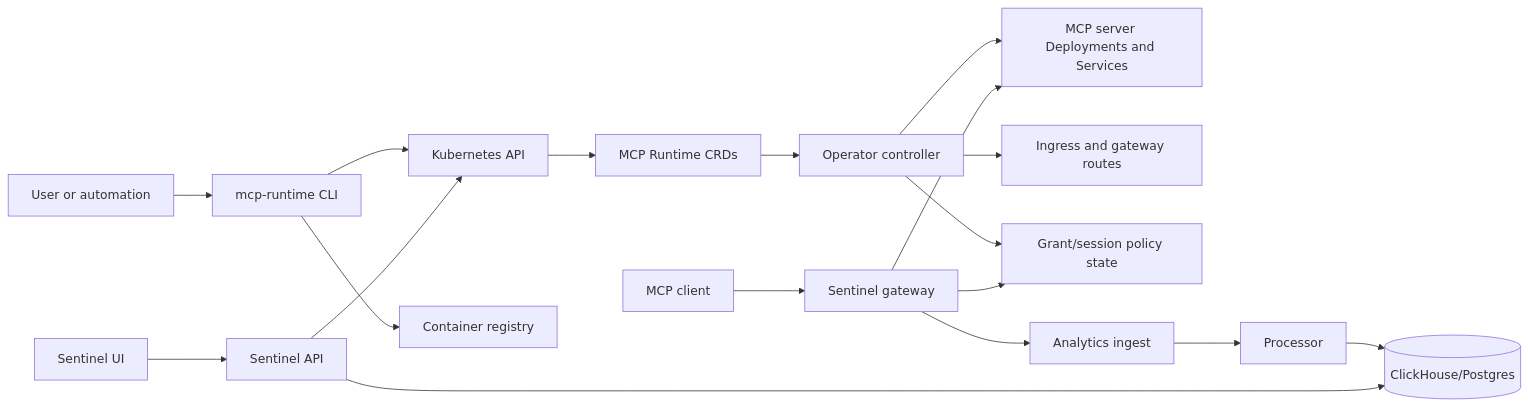
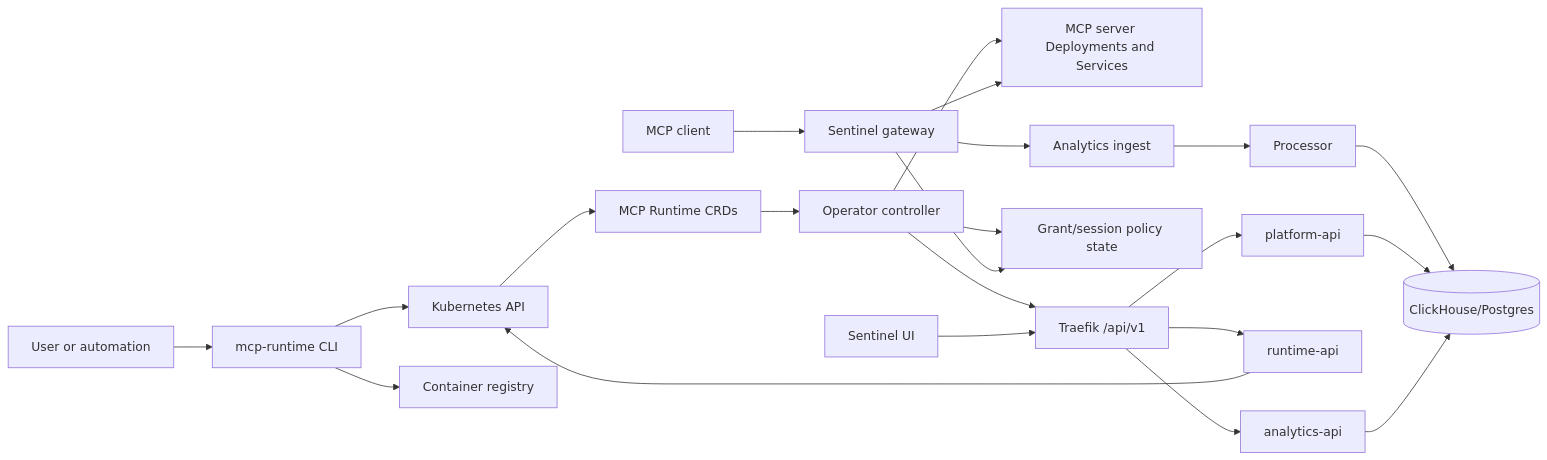
One commit to Agent-Hellboy/mcp-runtime changed the first of 4 diagrams in docs/internals/README.md. Above: the diagram before and after it, drawn with Mermaid. The commit also changed 8 other files, not shown here.

First line of the commit message:
doc: align user docs with split API services and runtime-api rename

````diff
--- a/docs/internals/README.md
+++ b/docs/internals/README.md
@@ -18,20 +18,24 @@
 ```mermaid
 flowchart LR
     User[User or automation] --> CLI[mcp-runtime CLI]
     CLI --> K8s[Kubernetes API]
     CLI --> Registry[Container registry]
     K8s --> CRDs[MCP Runtime CRDs]
     CRDs --> Operator[Operator controller]
     Operator --> Workloads[MCP server Deployments and Services]
     Operator --> Ingress[Ingress and gateway routes]
     Operator --> Policy[Grant/session policy state]
     Client[MCP client] --> Gateway[Sentinel gateway]
     Gateway --> Policy
     Gateway --> Workloads
     Gateway --> Ingest[Analytics ingest]
     Ingest --> Processor[Processor]
     Processor --> Store[(ClickHouse/Postgres)]
-    UI[Sentinel UI] --> API[Sentinel API]
-    API --> K8s
-    API --> Store
+    UI[Sentinel UI] --> Ingress[Traefik /api/v1]
+    Ingress --> PlatAPI[platform-api]
+    Ingress --> RunAPI[runtime-api]
+    Ingress --> AnaAPI[analytics-api]
+    RunAPI --> K8s
+    PlatAPI --> Store
+    AnaAPI --> Store
 ```
````
